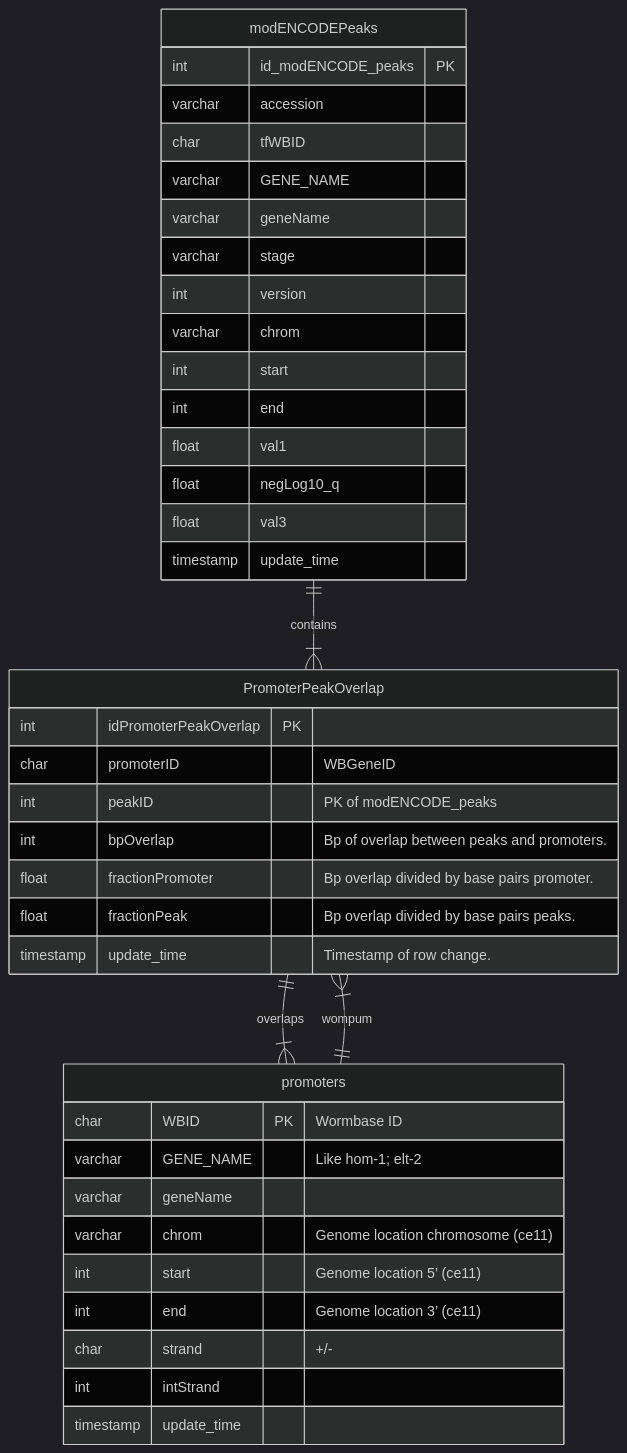
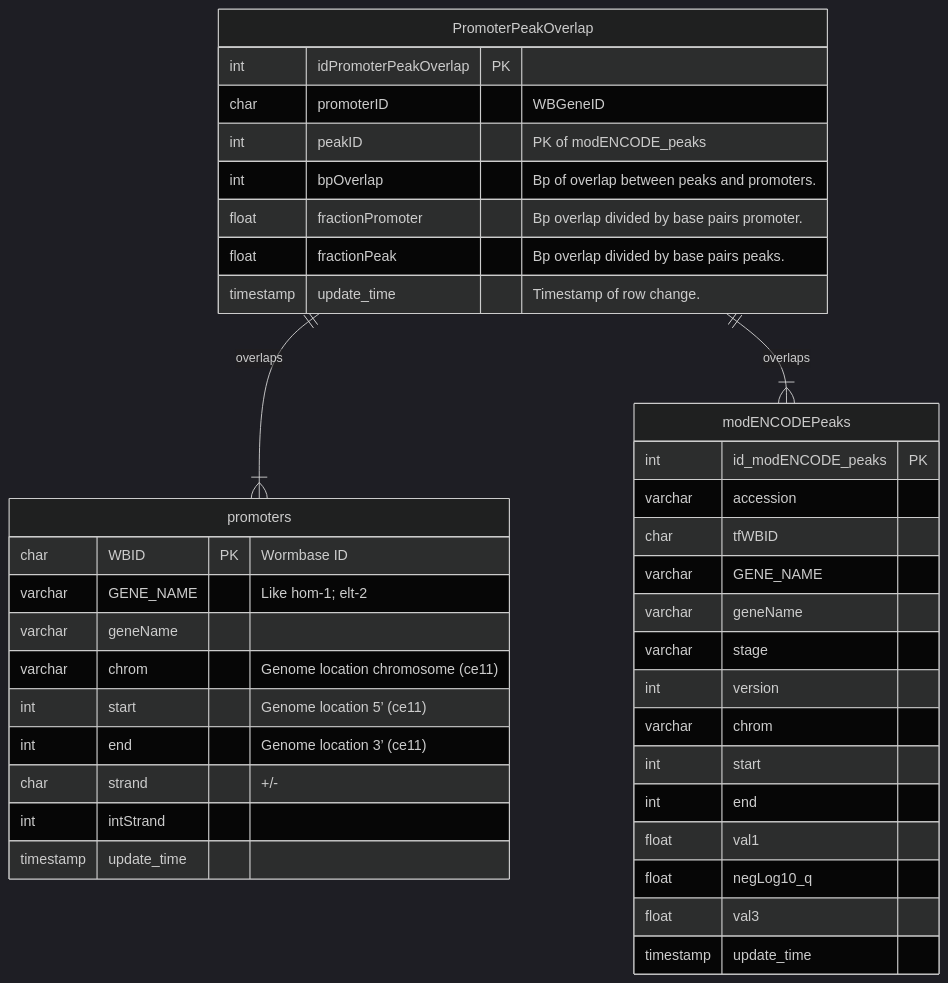
The first of 6 diagrams in README.md (meekrob/OnishRDB), drawn with Mermaid (dark theme) before and after one commit.

````diff
--- a/README.md
+++ b/README.md
@@ -92,47 +92,46 @@
 ```mermaid
 erDiagram
 
 PromoterPeakOverlap ||--|{ promoters : overlaps
+PromoterPeakOverlap ||--|{ modENCODEPeaks : overlaps
 PromoterPeakOverlap {
 int idPromoterPeakOverlap PK ""
 char promoterID  "WBGeneID"
 int peakID  "PK of modENCODE_peaks"
 int bpOverlap  "Bp of overlap between peaks and promoters."
 float fractionPromoter  "Bp overlap divided by base pairs promoter."
 float fractionPeak  "Bp overlap divided by base pairs peaks."
 timestamp update_time  "Timestamp of row change."
 }
 
-promoters ||--|{ PromoterPeakOverlap : wompum
 promoters {
 char WBID PK "Wormbase ID"
 varchar GENE_NAME  "Like hom-1; elt-2"
 varchar geneName  ""
 varchar chrom  "Genome location chromosome (ce11)"
 int start  "Genome location 5’  (ce11)"
 int end  "Genome location 3’ (ce11)"
 char strand  "+/-"
 int intStrand  ""
 timestamp update_time  ""
 }
 
-modENCODEPeaks ||--|{ PromoterPeakOverlap : contains
 modENCODEPeaks {
 int id_modENCODE_peaks PK
 varchar accession 
 char tfWBID 
 varchar GENE_NAME 
 varchar geneName 
 varchar stage 
 int version 
 varchar chrom 
 int start 
 int end 
 float val1 
 float negLog10_q 
 float val3 
 timestamp update_time 
 }
 
 
 ```
````
